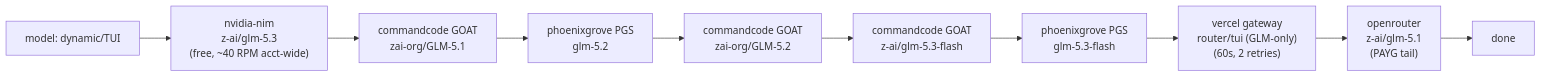
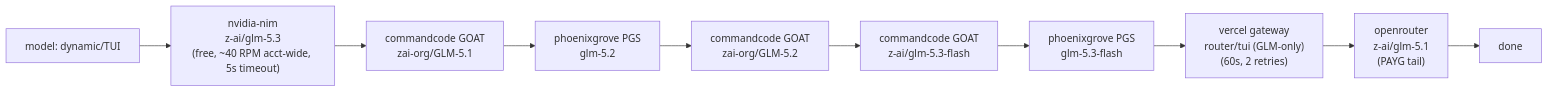
The second of 18 diagrams in dot_agents/skills/provider-catalog/references/ROUTING_TOPOLOGY.md (phillias/dotfiles), drawn with Mermaid before and after one commit. The commit also changed other lines of this file and 1 other file, not shown here.

First line of the commit message:
docs(provider-catalog): record 2026-10-25 TUI fixes (r8 removal, nv0 timeout, GOAT reset)

````diff
--- a/dot_agents/skills/provider-catalog/references/ROUTING_TOPOLOGY.md
+++ b/dot_agents/skills/provider-catalog/references/ROUTING_TOPOLOGY.md
@@ -87,4 +96,4 @@
 ```mermaid
 flowchart LR
-    in["model: dynamic/TUI"] --> n0["nvidia-nim<br/>z-ai/glm-5.3<br/>(free, ~40 RPM acct-wide)"] --> n1["commandcode GOAT<br/>zai-org/GLM-5.1"] --> n2["phoenixgrove PGS<br/>glm-5.2"] --> n3["commandcode GOAT<br/>zai-org/GLM-5.2"] --> n4["commandcode GOAT<br/>z-ai/glm-5.3-flash"] --> n5["phoenixgrove PGS<br/>glm-5.3-flash"] --> n6["vercel gateway<br/>router/tui (GLM-only)<br/>(60s, 2 retries)"] --> n7["openrouter<br/>z-ai/glm-5.1<br/>(PAYG tail)"] --> done[done]
+    in["model: dynamic/TUI"] --> n0["nvidia-nim<br/>z-ai/glm-5.3<br/>(free, ~40 RPM acct-wide, 5s timeout)"] --> n1["commandcode GOAT<br/>zai-org/GLM-5.1"] --> n2["phoenixgrove PGS<br/>glm-5.2"] --> n3["commandcode GOAT<br/>zai-org/GLM-5.2"] --> n4["commandcode GOAT<br/>z-ai/glm-5.3-flash"] --> n5["phoenixgrove PGS<br/>glm-5.3-flash"] --> n6["vercel gateway<br/>router/tui (GLM-only)<br/>(60s, 2 retries)"] --> n7["openrouter<br/>z-ai/glm-5.1<br/>(PAYG tail)"] --> done[done]
 ```
````
